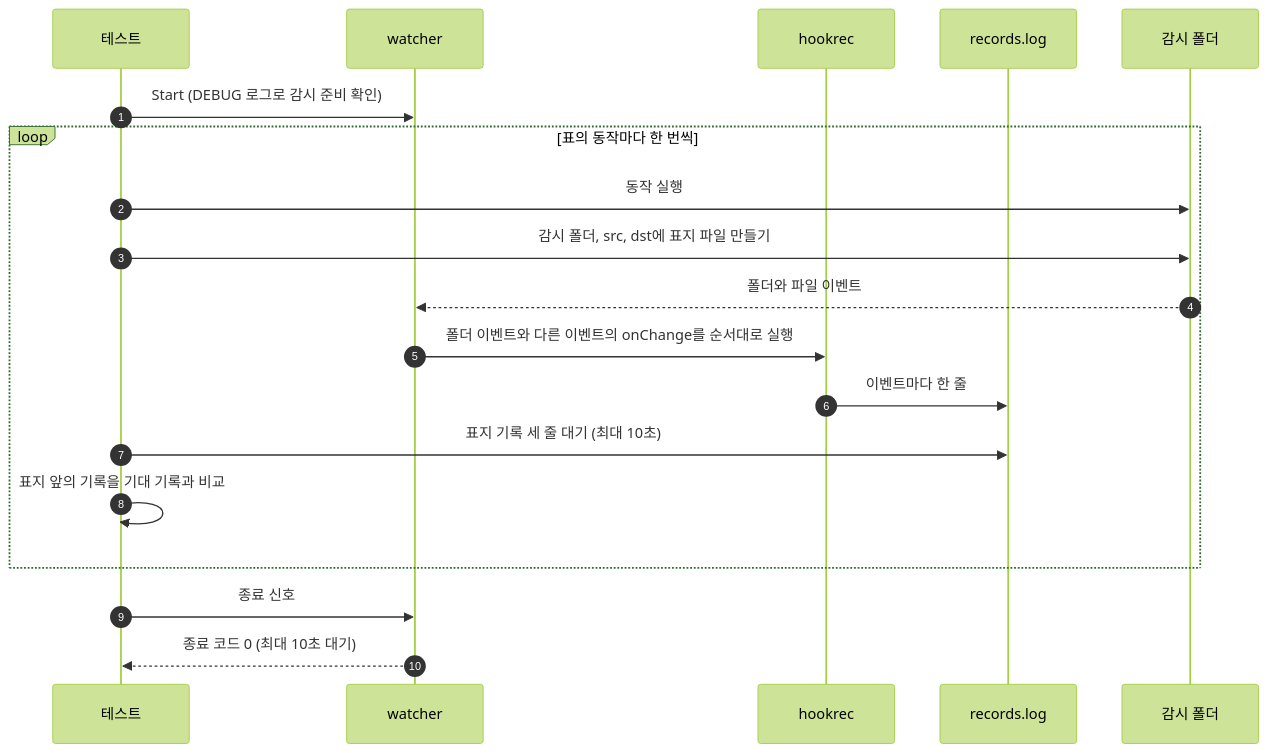
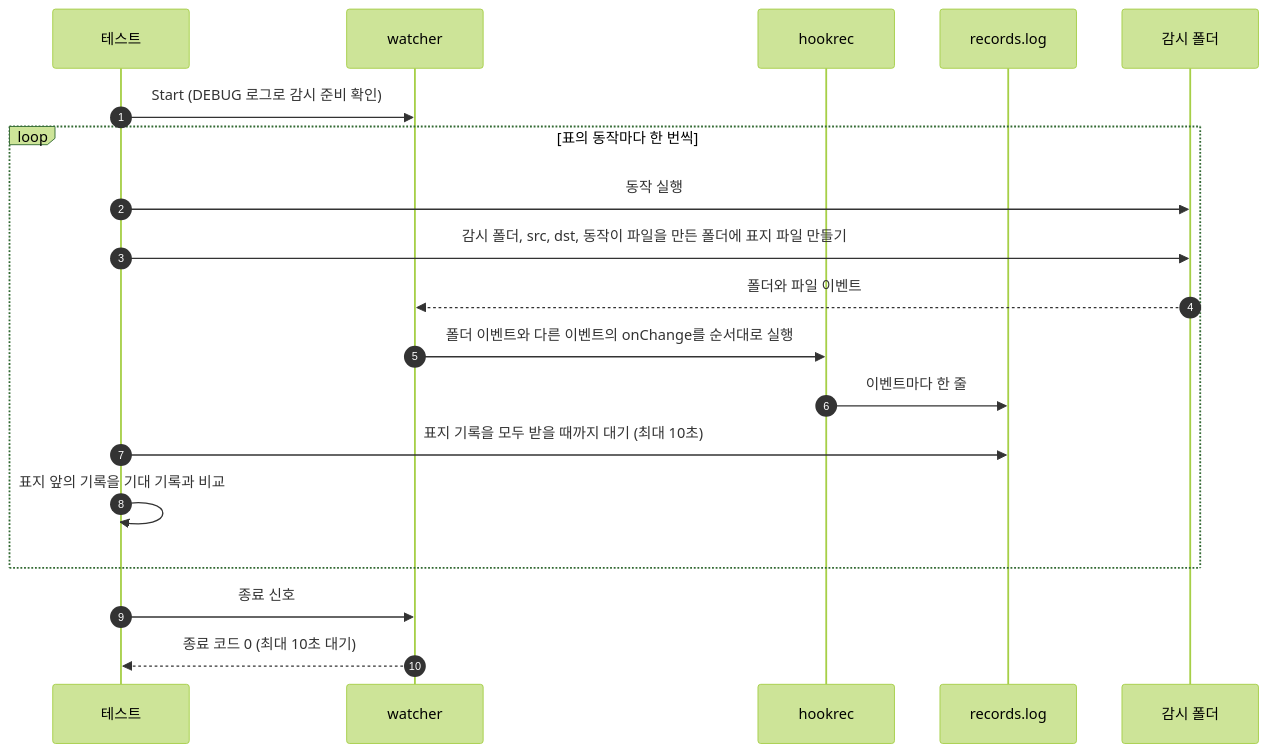
The diagram in e2e/docs/scenarios/folder-events.ko.md (seungyeop-lee/directory-watcher), drawn with Mermaid (forest theme) before and after one commit. The commit also changed other lines of this file and 4 other files, not shown here.

````diff
--- a/e2e/docs/scenarios/folder-events.ko.md
+++ b/e2e/docs/scenarios/folder-events.ko.md
@@ -39,21 +48,21 @@
 ```mermaid
 sequenceDiagram
     autonumber
     participant testCode as 테스트
     participant watcherProc as watcher
     participant hookRec as hookrec
     participant recordFile as records.log
     participant watchDir as 감시 폴더
     testCode->>watcherProc: Start (DEBUG 로그로 감시 준비 확인)
     loop 표의 동작마다 한 번씩
         testCode->>watchDir: 동작 실행
-        testCode->>watchDir: 감시 폴더, src, dst에 표지 파일 만들기
+        testCode->>watchDir: 감시 폴더, src, dst, 동작이 파일을 만든 폴더에 표지 파일 만들기
         watchDir-->>watcherProc: 폴더와 파일 이벤트
         watcherProc->>hookRec: 폴더 이벤트와 다른 이벤트의 onChange를 순서대로 실행
         hookRec->>recordFile: 이벤트마다 한 줄
-        testCode->>recordFile: 표지 기록 세 줄 대기 (최대 10초)
+        testCode->>recordFile: 표지 기록을 모두 받을 때까지 대기 (최대 10초)
         testCode->>testCode: 표지 앞의 기록을 기대 기록과 비교
     end
     testCode->>watcherProc: 종료 신호
     watcherProc-->>testCode: 종료 코드 0 (최대 10초 대기)
 ```
````
